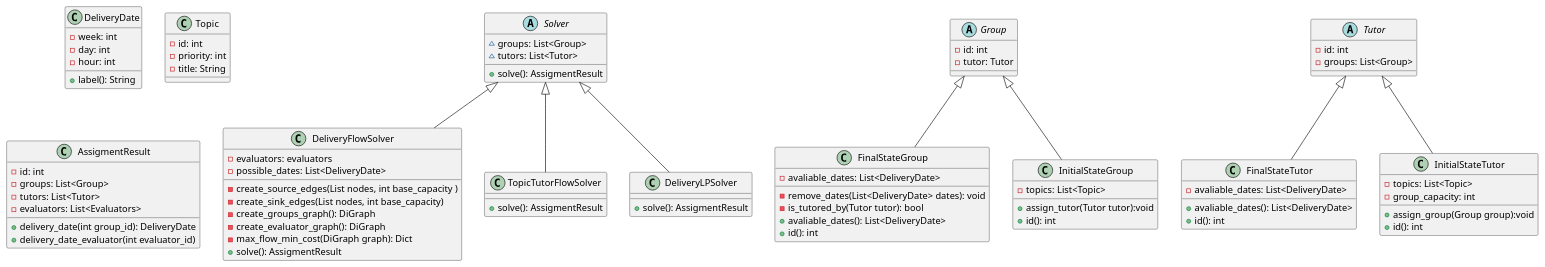
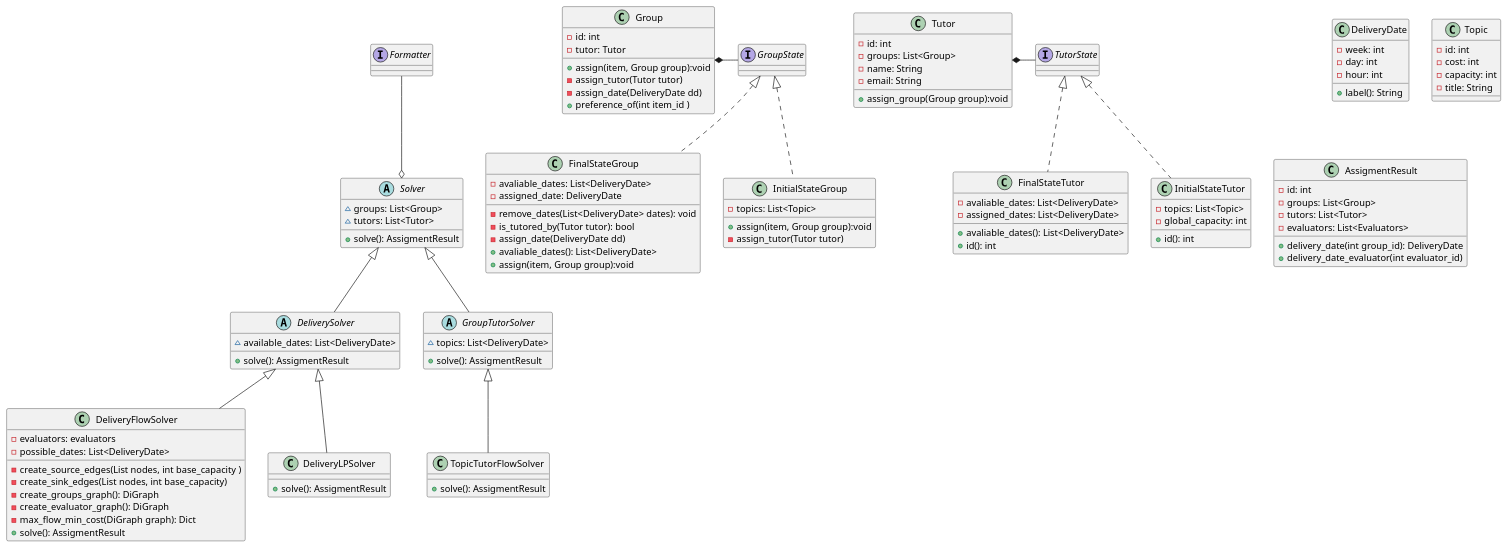
Before and after one commit to trabajo-profesional-fiuba/.github: the diagram in profile/possible_design.md, drawn with PlantUML.

````diff
--- a/profile/possible_design.md
+++ b/profile/possible_design.md
@@ -15,7 +15,21 @@
 }
 
 
-class DeliveryFlowSolver extends Solver {
+abstract class DeliverySolver extends Solver{
+~ available_dates: List<DeliveryDate>
++ solve(): AssigmentResult
+}
+
+abstract class GroupTutorSolver extends Solver{
+~ topics: List<DeliveryDate>
++ solve(): AssigmentResult
+}
+
+interface Formatter {}
+
+Solver o-up-Formatter
+
+class DeliveryFlowSolver extends DeliverySolver{
 - evaluators: evaluators
 - possible_dates: List<DeliveryDate>
 
@@ -27,48 +41,64 @@
 + solve(): AssigmentResult 
 }
 
-class TopicTutorFlowSolver extends Solver {
+class TopicTutorFlowSolver extends GroupTutorSolver {
 + solve(): AssigmentResult 
 }
 
-class DeliveryLPSolver extends Solver {
+class DeliveryLPSolver extends DeliverySolver{
 + solve(): AssigmentResult 
 }
 
-abstract class Group {
+class Group {
 - id: int
 - tutor: Tutor
++ assign(item, Group group):void
+- assign_tutor(Tutor tutor)
+- assign_date(DeliveryDate dd)
++ preference_of(int item_id )
 }
 
-abstract class Tutor{
+class Tutor{
 - id: int
 - groups: List<Group>
+- name: String
+- email: String
++ assign_group(Group group):void
 }
 
-class FinalStateGroup extends Group{
+interface TutorState{}
+interface GroupState{}
+
+Group *-right- GroupState
+
+class FinalStateGroup implements GroupState {
 - avaliable_dates: List<DeliveryDate>
+- assigned_date: DeliveryDate
 - remove_dates(List<DeliveryDate> dates): void
 - is_tutored_by(Tutor tutor): bool
+- assign_date(DeliveryDate dd)
++ avaliable_dates(): List<DeliveryDate>
++ assign(item, Group group):void
+
+}
+
+class InitialStateGroup implements GroupState{
+- topics: List<Topic>
++ assign(item, Group group):void
+- assign_tutor(Tutor tutor)
+}
+
+class FinalStateTutor implements TutorState{
+- avaliable_dates: List<DeliveryDate>
+- assigned_dates: List<DeliveryDate>
 + avaliable_dates(): List<DeliveryDate>
 + id(): int
 }
 
-class InitialStateGroup extends Group{
+class InitialStateTutor implements TutorState{
 - topics: List<Topic>
-+ assign_tutor(Tutor tutor):void
-+ id(): int
-}
+- global_capacity: int
 
-class FinalStateTutor extends Tutor{
-- avaliable_dates: List<DeliveryDate>
-+ avaliable_dates(): List<DeliveryDate>
-+ id(): int
-}
-
-class InitialStateTutor extends Tutor{
-- topics: List<Topic>
-- group_capacity: int
-+ assign_group(Group group):void
 + id(): int
 }
 
@@ -82,7 +112,8 @@
 
 class Topic{
 - id: int
-- priority: int
+- cost: int
+- capacity: int
 - title: String
 }
 
@@ -96,5 +127,9 @@
 + delivery_date_evaluator(int evaluator_id)
 }
 
+
+
+Tutor *-right- TutorState
+
 @enduml
 ```
````
